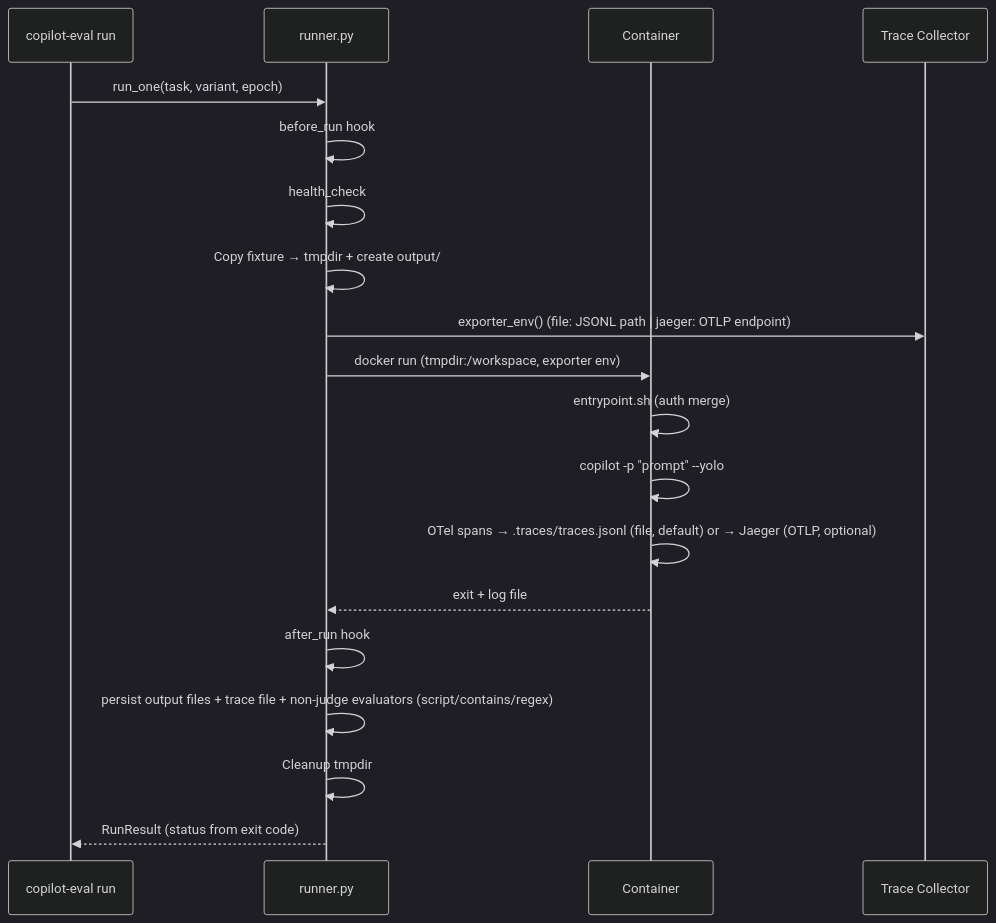
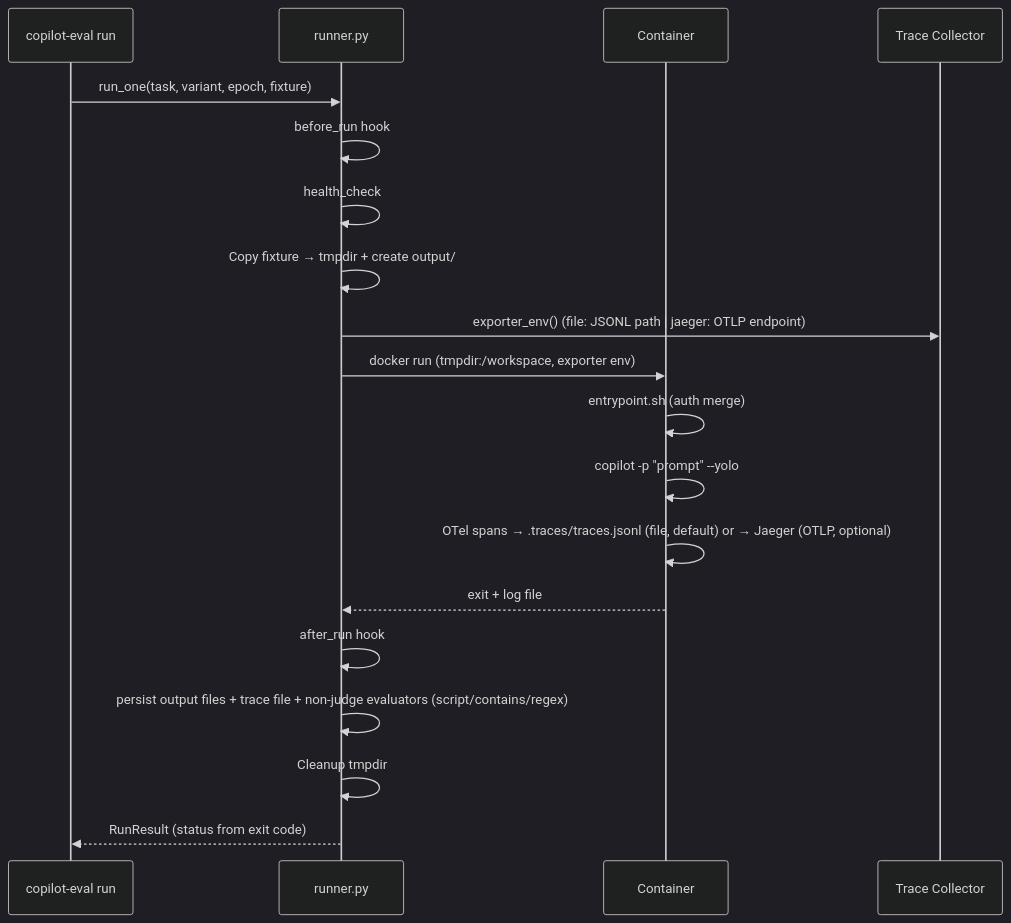
The first of 2 diagrams in docs/architecture.md (openjny/copilot-eval), drawn with Mermaid (dark theme) before and after one commit. The commit also changed 15 other files, not shown here.

````diff
--- a/docs/architecture.md
+++ b/docs/architecture.md
@@ -34,22 +34,22 @@
 ```mermaid
 sequenceDiagram
     participant CLI as copilot-eval run
     participant Runner as runner.py
     participant Docker as Container
     participant Collector as Trace Collector
 
-    CLI->>Runner: run_one(task, variant, epoch)
+    CLI->>Runner: run_one(task, variant, epoch, fixture)
     Runner->>Runner: before_run hook
     Runner->>Runner: health_check
     Runner->>Runner: Copy fixture → tmpdir + create output/
     Runner->>Collector: exporter_env() (file: JSONL path | jaeger: OTLP endpoint)
     Runner->>Docker: docker run (tmpdir:/workspace, exporter env)
     Docker->>Docker: entrypoint.sh (auth merge)
     Docker->>Docker: copilot -p "prompt" --yolo
     Docker->>Docker: OTel spans → .traces/traces.jsonl (file, default) or → Jaeger (OTLP, optional)
     Docker-->>Runner: exit + log file
     Runner->>Runner: after_run hook
     Runner->>Runner: persist output files + trace file + non-judge evaluators (script/contains/regex)
     Runner->>Runner: Cleanup tmpdir
     Runner-->>CLI: RunResult (status from exit code)
 ```
````
